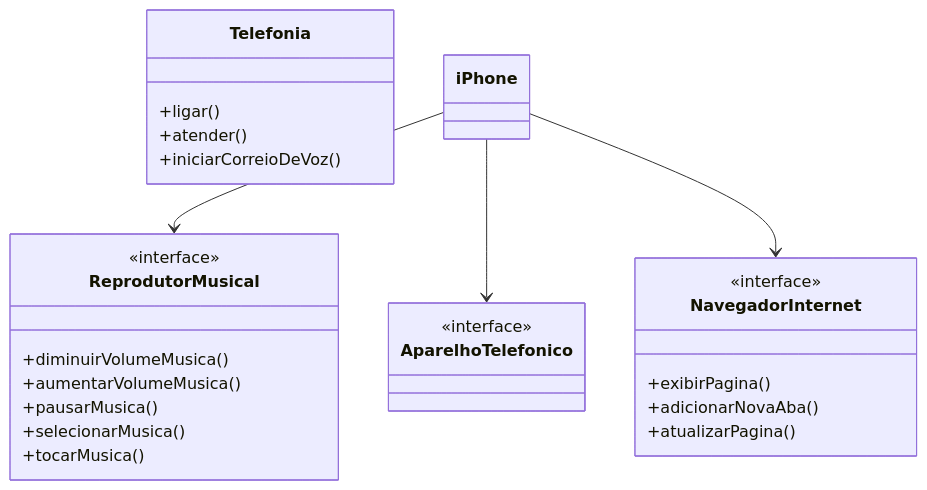
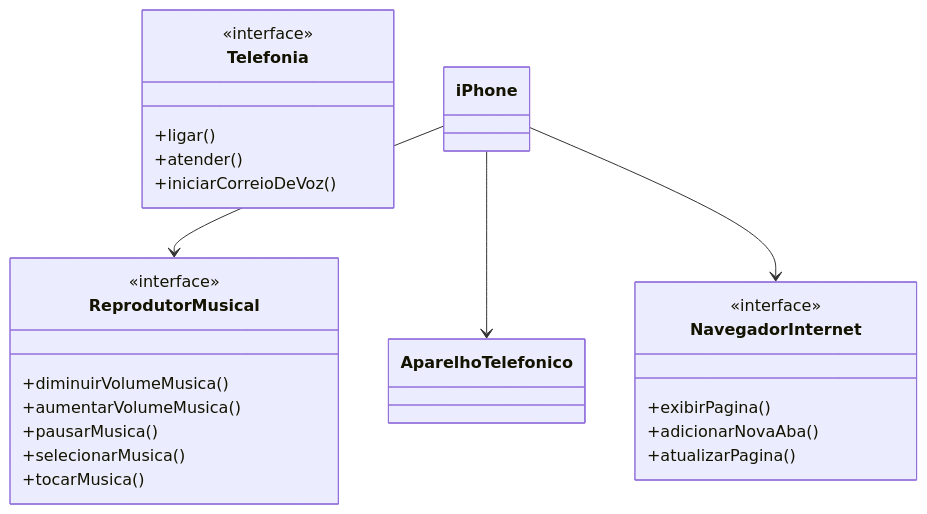
Before and after one commit to WitorDias/dio-trilha-java-desafio-uml: the diagram in README.md, drawn with Mermaid.

Commit message:
Update README.md
correções no diagrama

````diff
--- a/README.md
+++ b/README.md
@@ -4,38 +4,38 @@
 ```mermaid
 classDiagram
     class ReprodutorMusical {
         +diminuirVolumeMusica()
         +aumentarVolumeMusica()
         +pausarMusica()
         +selecionarMusica()
         +tocarMusica()
     }
 
     class Telefonia {
         +ligar()
         +atender()
         +iniciarCorreioDeVoz()
     }
 
     class NavegadorInternet {
         +exibirPagina()
         +adicionarNovaAba()
         +atualizarPagina()
     }
 
     class iPhone {
     }
 
     iPhone --> ReprodutorMusical
     iPhone --> AparelhoTelefonico
     iPhone --> NavegadorInternet
 
 class ReprodutorMusical
 <<interface>> ReprodutorMusical
 
-class AparelhoTelefonico
-<<interface>> AparelhoTelefonico
+class Telefonia
+<<interface>> Telefonia
 
 class NavegadorInternet
 <<interface>> NavegadorInternet
 ```
````
